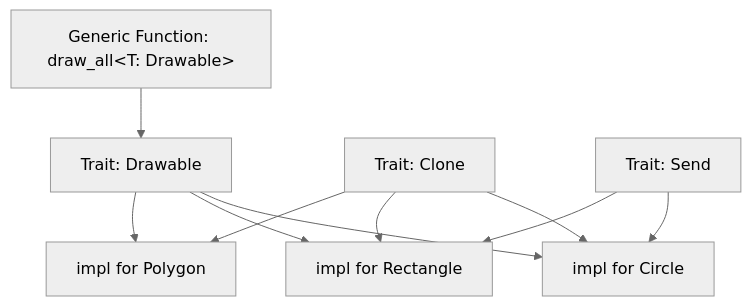
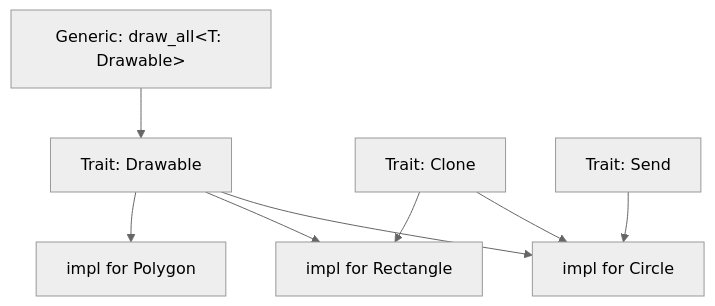
One commit to Leito2/Learning changed the second of 4 diagrams in Software Engineering/02 - Rust Engineering/01 - Rust Fundamentals/02 - Types, Traits, and Generics.md. Above: the diagram before and after it, drawn with Mermaid (neutral theme). The commit also changed other lines of this file and 41 other files, not shown here.

````diff
--- a/Software Engineering/02 - Rust Engineering/01 - Rust Fundamentals/02 - Types, Traits, and Generics.md
+++ b/Software Engineering/02 - Rust Engineering/01 - Rust Fundamentals/02 - Types, Traits, and Generics.md
@@ -105,12 +237,10 @@
 ```mermaid
 graph TD
     A[Trait: Drawable] --> B[impl for Circle]
     A --> C[impl for Rectangle]
     A --> D[impl for Polygon]
     E[Trait: Clone] --> B
     E --> C
-    E --> D
     F[Trait: Send] --> B
-    F --> C
-    G[Generic Function: draw_all&lt;T: Drawable&gt;] --> A
+    G[Generic: draw_all&lt;T: Drawable&gt;] --> A
 ```
````
